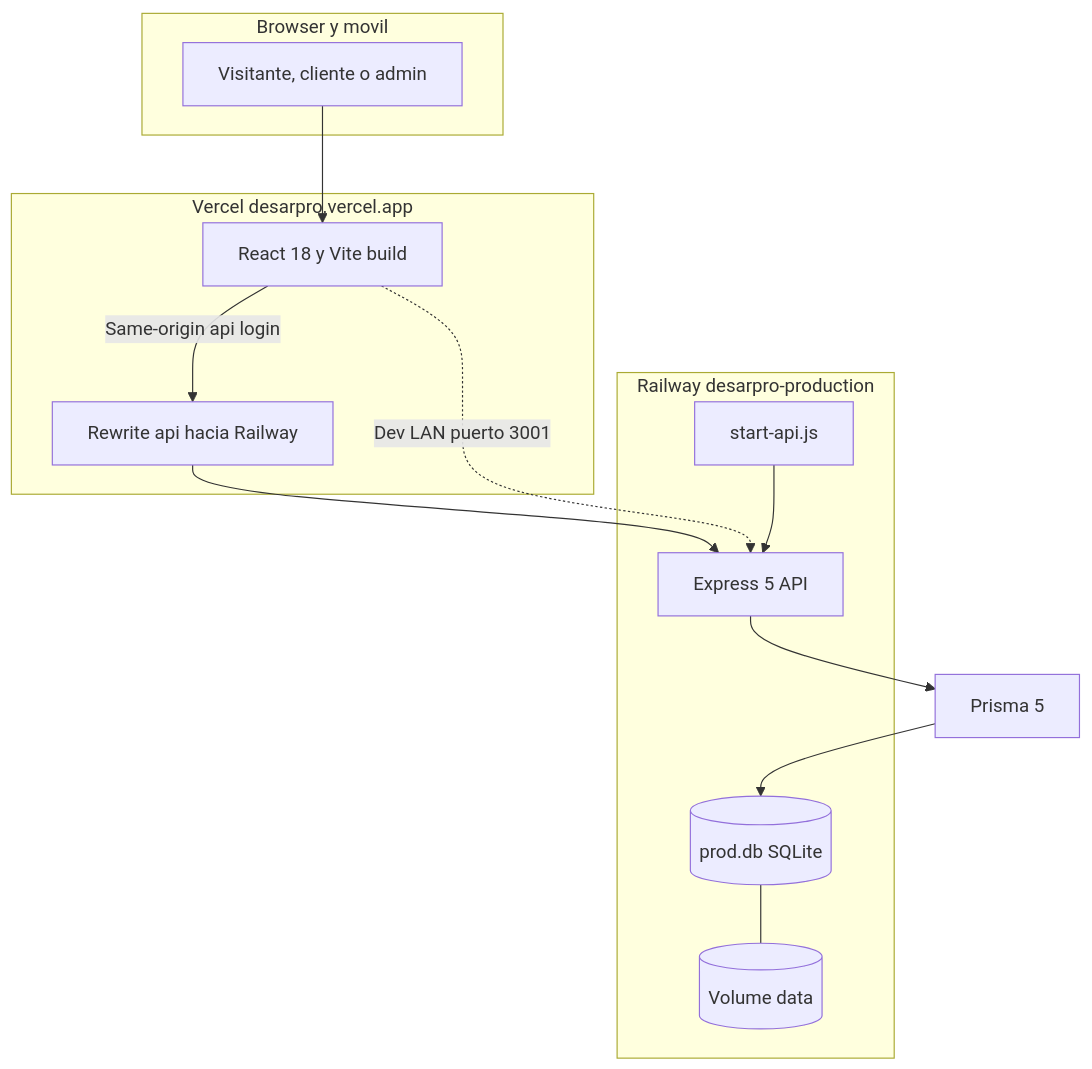
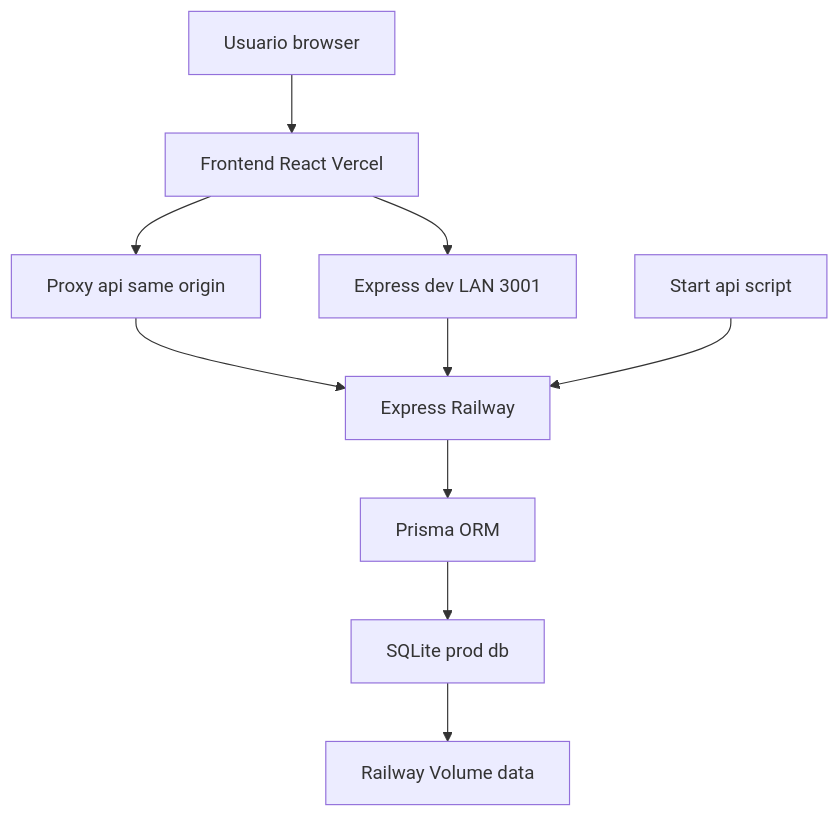
Before and after one commit to Alejostone1/Desarpro: the first of 10 diagrams in README.md, drawn with Mermaid. The commit also changed other lines of this file, not shown here.

Commit message:
Fix: diagramas arquitectura y login compatibles con Mermaid de GitHub.

````diff
--- a/README.md
+++ b/README.md
@@ -208,27 +208,12 @@
 ```mermaid
 graph TB
-    subgraph VER ["Vercel desarpro.vercel.app"]
-        FE["React 18 y Vite build"]
-        PROXY["Rewrite api hacia Railway"]
-    end
-
-    subgraph MOB ["Browser y movil"]
-        USER["Visitante, cliente o admin"]
-    end
-
-    subgraph RW ["Railway desarpro-production"]
-        EX["Express 5 API"]
-        SA["start-api.js"]
-        VOL[("Volume data")]
-        DB[("prod.db SQLite")]
-    end
-
-    USER --> FE
-    FE -->|"Same-origin api login"| PROXY
-    PROXY --> EX
-    FE -.->|"Dev LAN puerto 3001"| EX
-    SA --> EX
-    EX --> PRISMA["Prisma 5"]
-    PRISMA --> DB
-    DB --- VOL
+    USER[Usuario browser] --> FE[Frontend React Vercel]
+    FE --> PROXY[Proxy api same origin]
+    PROXY --> EX[Express Railway]
+    FE --> EXLAN[Express dev LAN 3001]
+    EXLAN --> EX
+    START[Start api script] --> EX
+    EX --> PRISMA[Prisma ORM]
+    PRISMA --> DB[SQLite prod db]
+    DB --> VOL[Railway Volume data]
 ```
````
